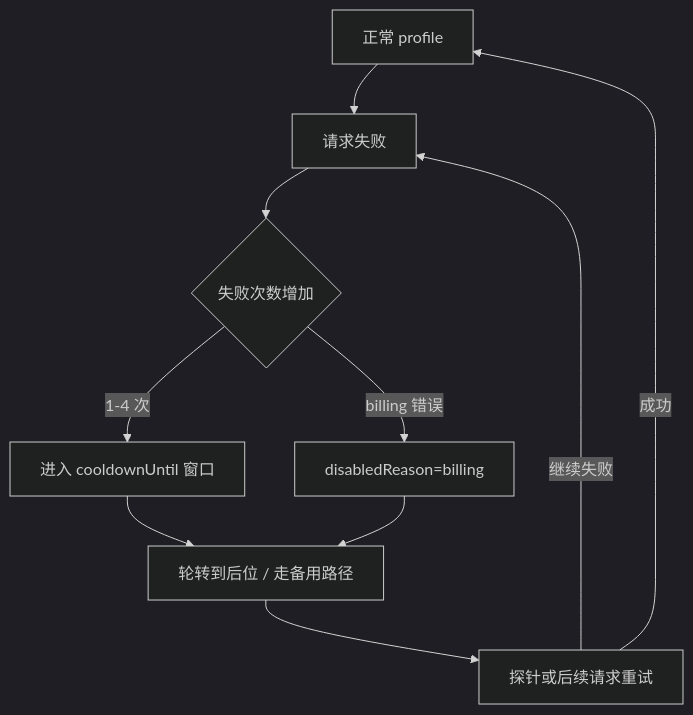
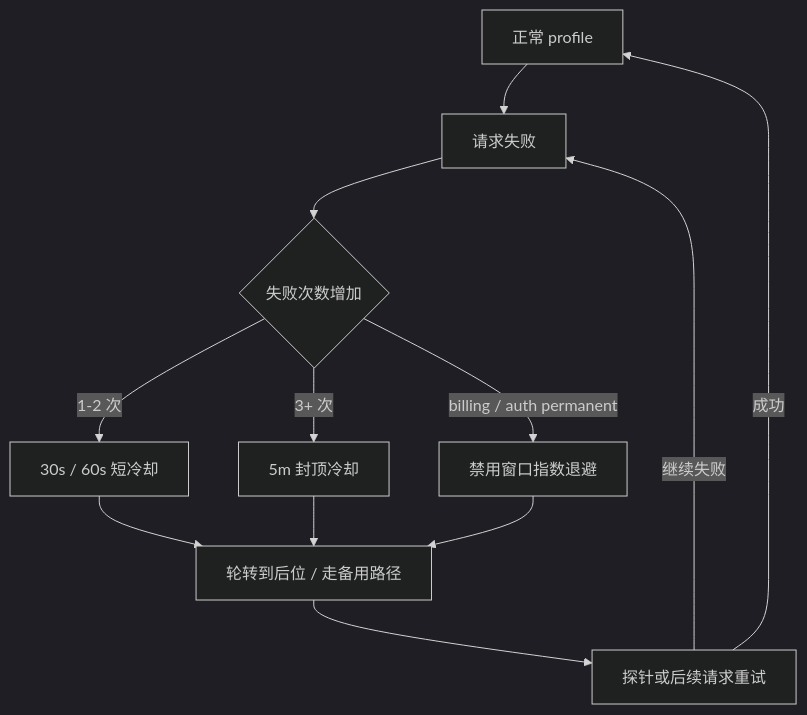
The diagram in 11_reliability_security/11.2_rotation_cooldown.md (yeasy/openclaw_guide), drawn with Mermaid (dark theme) before and after one commit. The commit also changed other lines of this file and 53 other files, not shown here.

````diff
--- a/11_reliability_security/11.2_rotation_cooldown.md
+++ b/11_reliability_security/11.2_rotation_cooldown.md
@@ -17,12 +17,14 @@
 ```mermaid
 flowchart TD
   O["正常 profile"] --> F["请求失败"]
   F --> C{"失败次数增加"}
-  C -->|"1-4 次"| CD["进入 cooldownUntil 窗口"]
-  C -->|"billing 错误"| BD["disabledReason=billing"]
+  C -->|"1-2 次"| CD["30s / 60s 短冷却"]
+  C -->|"3+ 次"| CAP["5m 封顶冷却"]
+  C -->|"billing / auth permanent"| BD["禁用窗口指数退避"]
+  CAP --> R["轮转到后位 / 走备用路径"]
   CD --> R["轮转到后位 / 走备用路径"]
   BD --> R
   R --> P["探针或后续请求重试"]
   P -->|"成功"| O
   P -->|"继续失败"| F
 ```
````
